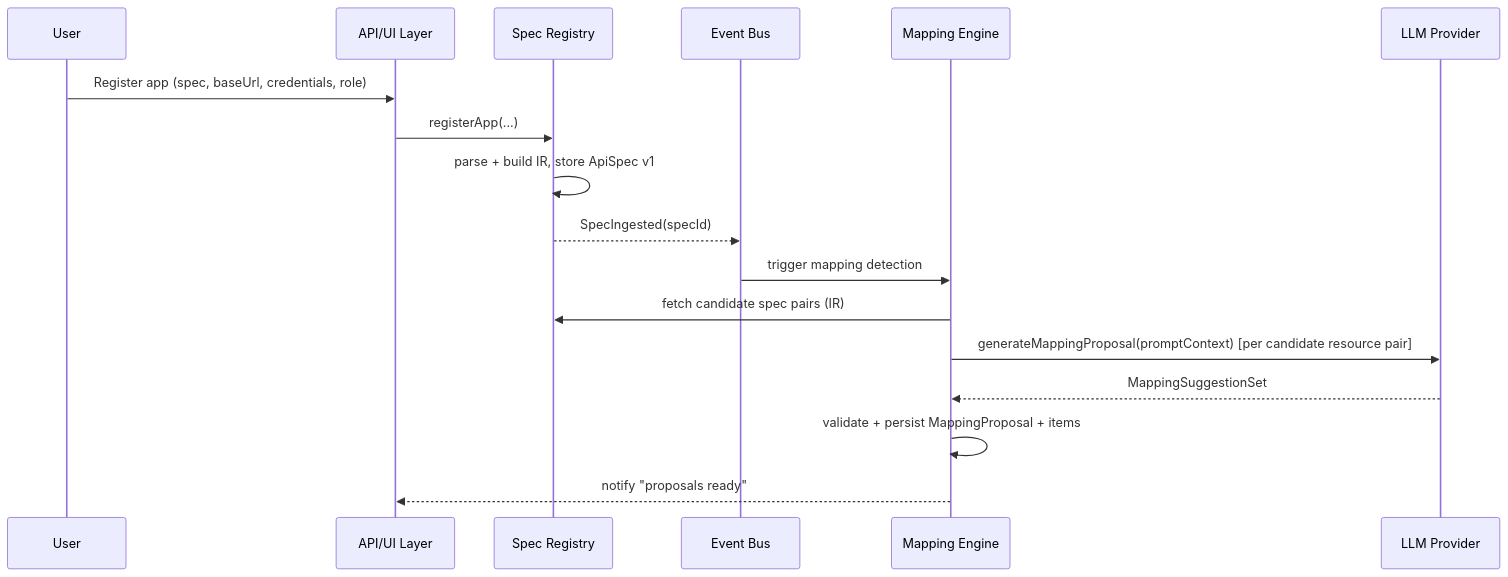
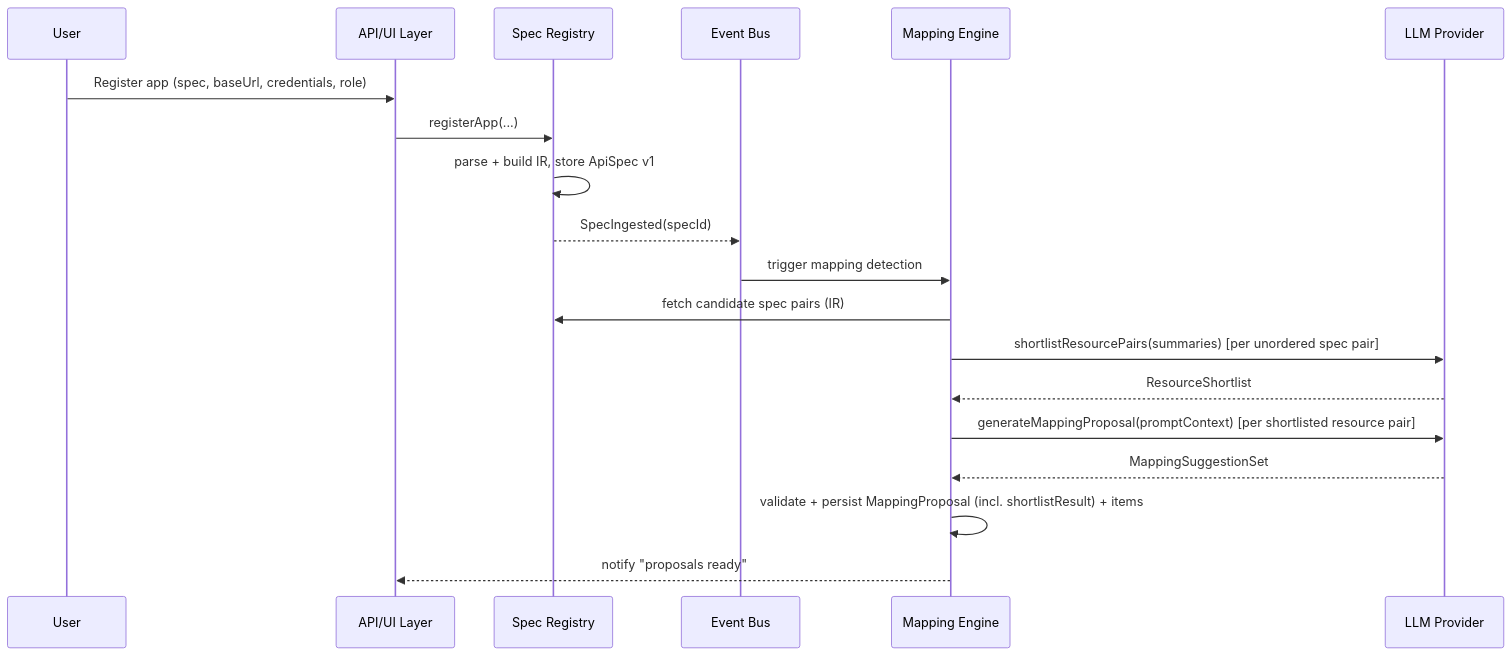
One commit to geprog/api-mediator changed the diagram in docs/flows/app-registration-and-mapping-detection.md. Above: the diagram before and after it, drawn with Mermaid. The commit also changed other lines of this file and 6 other files, not shown here.

````diff
--- a/docs/flows/app-registration-and-mapping-detection.md
+++ b/docs/flows/app-registration-and-mapping-detection.md
@@ -19,20 +19,22 @@
 ```mermaid
 sequenceDiagram
     participant U as User
     participant API as API/UI Layer
     participant Reg as Spec Registry
     participant Bus as Event Bus
     participant ME as Mapping Engine
     participant LLM as LLM Provider
 
     U->>API: Register app (spec, baseUrl, credentials, role)
     API->>Reg: registerApp(...)
     Reg->>Reg: parse + build IR, store ApiSpec v1
     Reg-->>Bus: SpecIngested(specId)
     Bus->>ME: trigger mapping detection
     ME->>Reg: fetch candidate spec pairs (IR)
-    ME->>LLM: generateMappingProposal(promptContext) [per candidate resource pair]
+    ME->>LLM: shortlistResourcePairs(summaries) [per unordered spec pair]
+    LLM-->>ME: ResourceShortlist
+    ME->>LLM: generateMappingProposal(promptContext) [per shortlisted resource pair]
     LLM-->>ME: MappingSuggestionSet
-    ME->>ME: validate + persist MappingProposal + items
+    ME->>ME: validate + persist MappingProposal (incl. shortlistResult) + items
     ME-->>API: notify "proposals ready"
 ```
````
